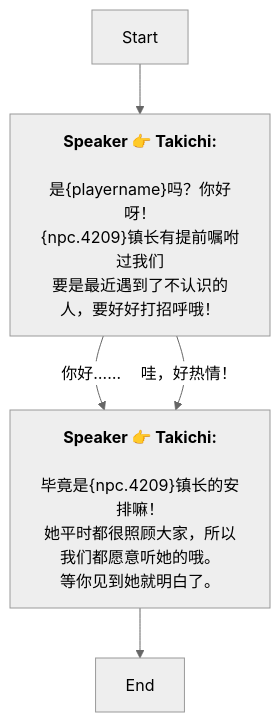
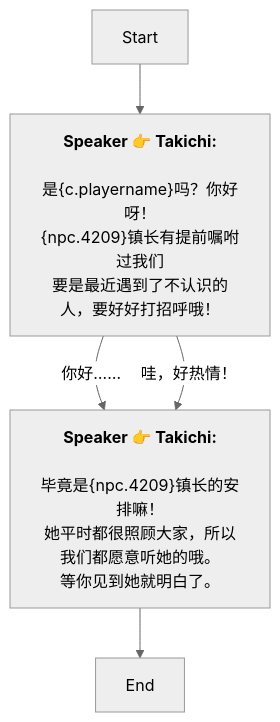
The diagram in Zh/AddDialogNode_1741891507856655.md (SoftHu/tos_avg), drawn with Mermaid (neutral theme) before and after one commit. The commit also changed 410 other files, not shown here.

````diff
--- a/Zh/AddDialogNode_1741891507856655.md
+++ b/Zh/AddDialogNode_1741891507856655.md
@@ -1,17 +1,17 @@
 ```mermaid
 graph
 Start -->1741899941162299[<b>Speaker 👉 Takichi:</b>
-\n是&lbrace;playername&rbrace;吗？你好呀！
+\n是&lbrace;c.playername&rbrace;吗？你好呀！
 &lbrace;npc.4209&rbrace;镇长有提前嘱咐过我们
 要是最近遇到了不认识的人，要好好打招呼哦！]
 1741899941162299 -->|你好……|1741900457358657[<b>Speaker 👉 Takichi:</b>
 \n毕竟是&lbrace;npc.4209&rbrace;镇长的安排嘛！
 她平时都很照顾大家，所以我们都愿意听她的哦。
 等你见到她就明白了。]
 1741899941162299 -->|哇，好热情！|1741900457358657[<b>Speaker 👉 Takichi:</b>
 \n毕竟是&lbrace;npc.4209&rbrace;镇长的安排嘛！
 她平时都很照顾大家，所以我们都愿意听她的哦。
 等你见到她就明白了。]
 1741900457358657 -->1741900507553090[End]
 
 ```
````
